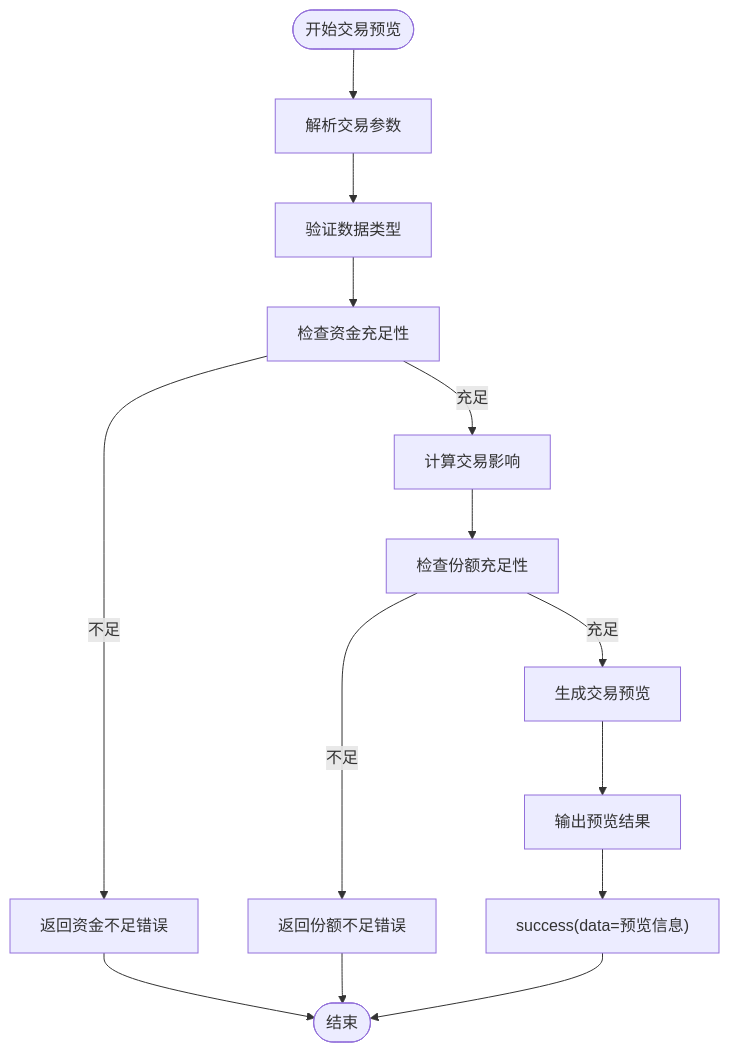
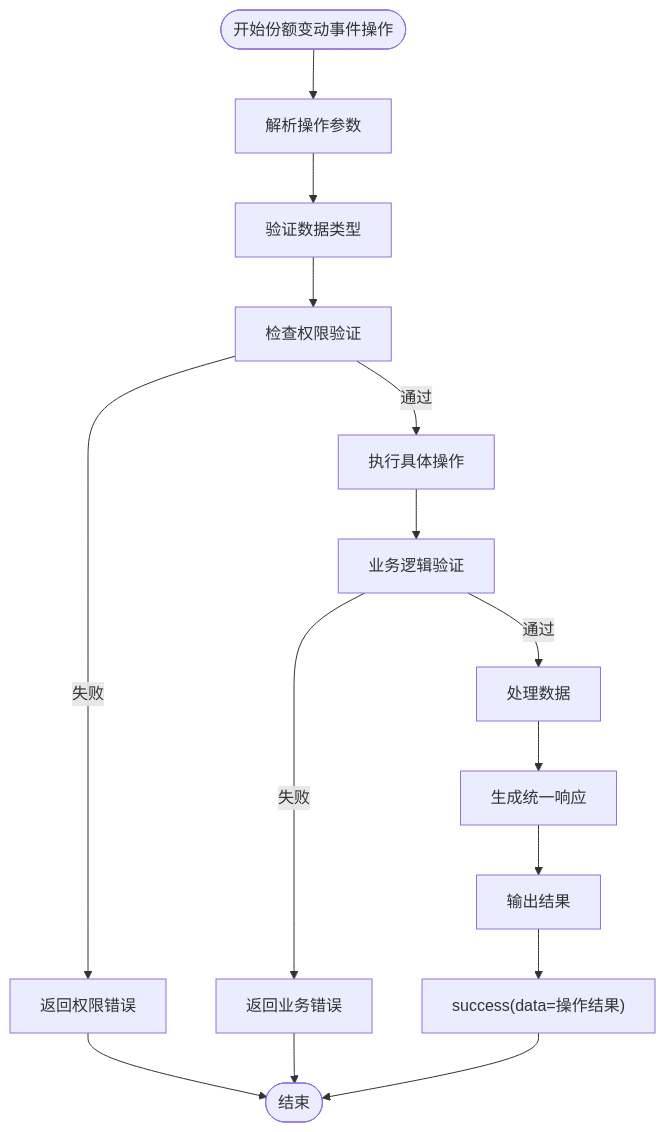
Before and after one commit to gujialind/InvestRing: the third of 4 diagrams in .qoder/repowiki/zh/content/开发指南/InvestRing Admin CLI 工具.md, drawn with Mermaid. The commit also changed other lines of this file and 28 other files, not shown here.

````diff
--- a/.qoder/repowiki/zh/content/开发指南/InvestRing Admin CLI 工具.md
+++ b/.qoder/repowiki/zh/content/开发指南/InvestRing Admin CLI 工具.md
@@ -180,16 +186,17 @@
 ```mermaid
 flowchart TD
-Start(["开始交易预览"]) --> ParseParams["解析交易参数"]
+Start(["开始份额变动事件操作"]) --> ParseParams["解析操作参数"]
 ParseParams --> ValidateData["验证数据类型"]
-ValidateData --> CheckFunds["检查资金充足性"]
-CheckFunds --> |充足| CalculateImpact["计算交易影响"]
-CheckFunds --> |不足| Error["返回资金不足错误"]
-CalculateImpact --> CheckShares["检查份额充足性"]
-CheckShares --> |充足| GeneratePreview["生成交易预览"]
-CheckShares --> |不足| ShareError["返回份额不足错误"]
-GeneratePreview --> OutputResult["输出预览结果"]
-OutputResult --> Success["success(data=预览信息)"]
-Error --> End(["结束"])
-ShareError --> End
+ValidateData --> CheckAuth["检查权限验证"]
+CheckAuth --> |通过| ExecuteOp["执行具体操作"]
+CheckAuth --> |失败| AuthError["返回权限错误"]
+ExecuteOp --> ValidateBusiness["业务逻辑验证"]
+ValidateBusiness --> |通过| ProcessData["处理数据"]
+ValidateBusiness --> |失败| BusinessError["返回业务错误"]
+ProcessData --> GenerateResponse["生成统一响应"]
+GenerateResponse --> OutputResult["输出结果"]
+OutputResult --> Success["success(data=操作结果)"]
+AuthError --> End(["结束"])
+BusinessError --> End
 Success --> End
 ```
````
